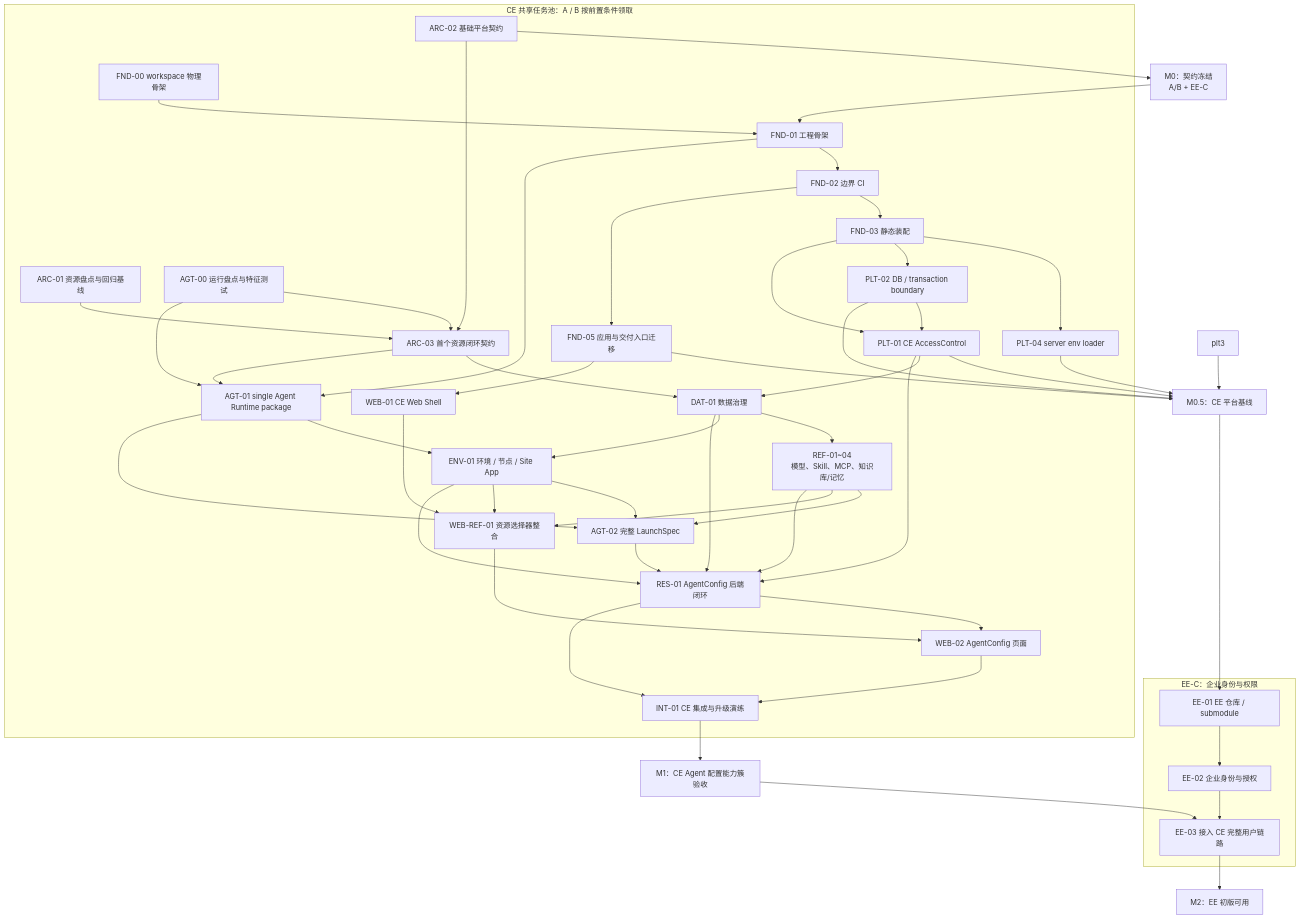
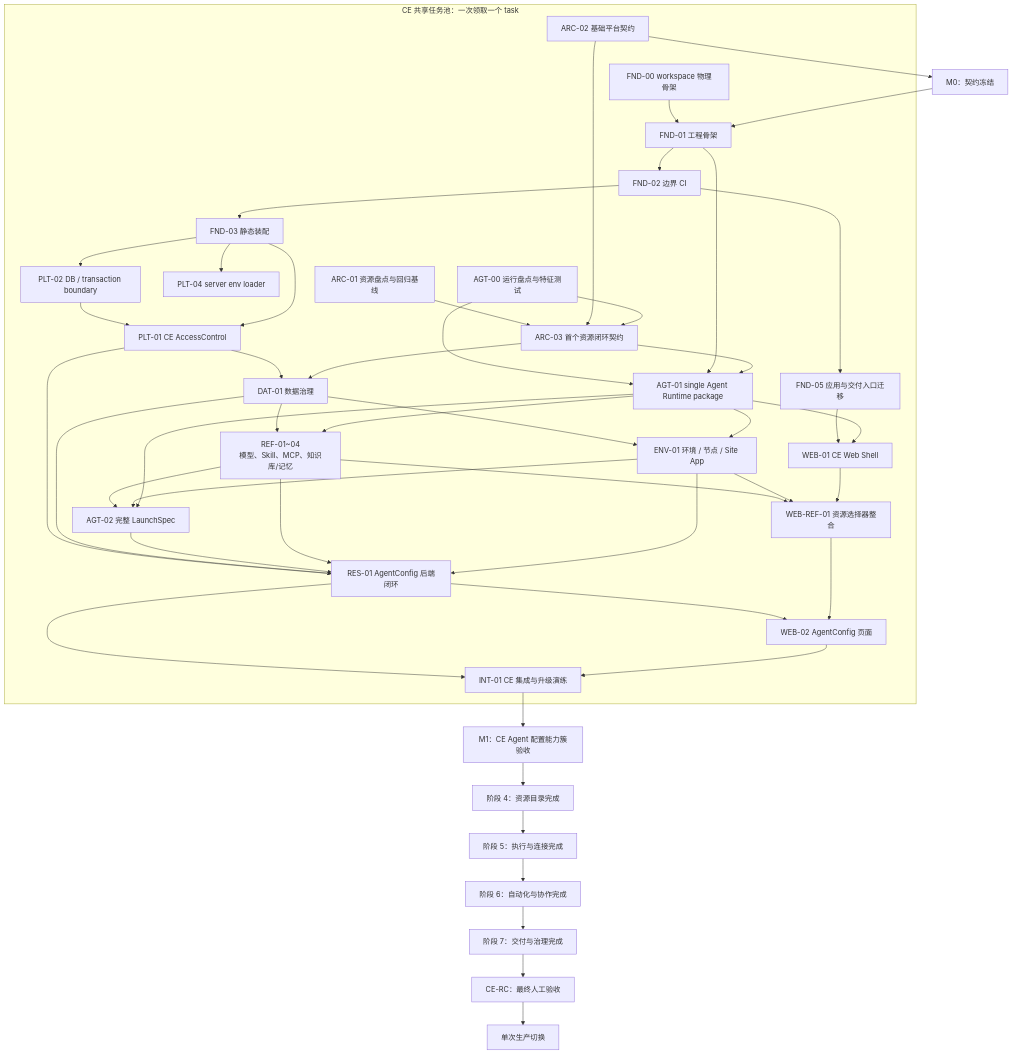
The diagram in docs/design/ce-ee-refactoring/ce-ee-refactoring-collaboration-plan.md (HuangPuStar/FenixAgent), drawn with Mermaid before and after one commit. The commit also changed other lines of this file and 6 other files, not shown here.

````diff
--- a/docs/design/ce-ee-refactoring/ce-ee-refactoring-collaboration-plan.md
+++ b/docs/design/ce-ee-refactoring/ce-ee-refactoring-collaboration-plan.md
@@ -70,11 +68,15 @@
 ```mermaid
 flowchart TD
-  m0["M0：契约冻结\nA/B + EE-C"]
-  m05["M0.5：CE 平台基线"]
+  m0["M0：契约冻结"]
   m1["M1：CE Agent 配置能力簇验收"]
-  m2["M2：EE 初版可用"]
+  s4["阶段 4：资源目录完成"]
+  s5["阶段 5：执行与连接完成"]
+  s6["阶段 6：自动化与协作完成"]
+  s7["阶段 7：交付与治理完成"]
+  rc["CE-RC：最终人工验收"]
+  prod["单次生产切换"]
 
-  subgraph ce["CE 共享任务池：A / B 按前置条件领取"]
+  subgraph ce["CE 共享任务池：一次领取一个 task"]
     arc1["ARC-01 资源盘点与回归基线"]
     arc2["ARC-02 基础平台契约"]
     arc3["ARC-03 首个资源闭环契约"]
@@ -99,12 +101,6 @@
     int["INT-01 CE 集成与升级演练"]
   end
 
-  subgraph ee["EE-C：企业身份与权限"]
-    ee1["EE-01 EE 仓库 / submodule"]
-    ee2["EE-02 企业身份与授权"]
-    ee3["EE-03 接入 CE 完整用户链路"]
-  end
-
   arc2 --> m0
   arc1 --> arc3
   arc2 --> arc3
@@ -118,18 +114,15 @@
   fnd3 --> plt2
   plt2 --> plt
   fnd3 --> plt
-  fnd5 --> m05
-  plt --> m05
-  plt2 --> m05
-  plt3 --> m05
-  plt4 --> m05
   plt --> dat
   arc3 --> dat
   agt00 --> agt1
   fnd1 --> agt1
   arc3 --> agt1
   fnd5 --> web1
+  agt1 --> web1
   dat --> refs
+  agt1 --> refs
   dat --> env
   agt1 --> env
   refs --> agt2
@@ -148,10 +141,10 @@
   res --> int
   web2 --> int
   int --> m1
-
-  m05 --> ee1
-  ee1 --> ee2
-  m1 --> ee3
-  ee2 --> ee3
-  ee3 --> m2
+  m1 --> s4
+  s4 --> s5
+  s5 --> s6
+  s6 --> s7
+  s7 --> rc
+  rc --> prod
 ```
````
